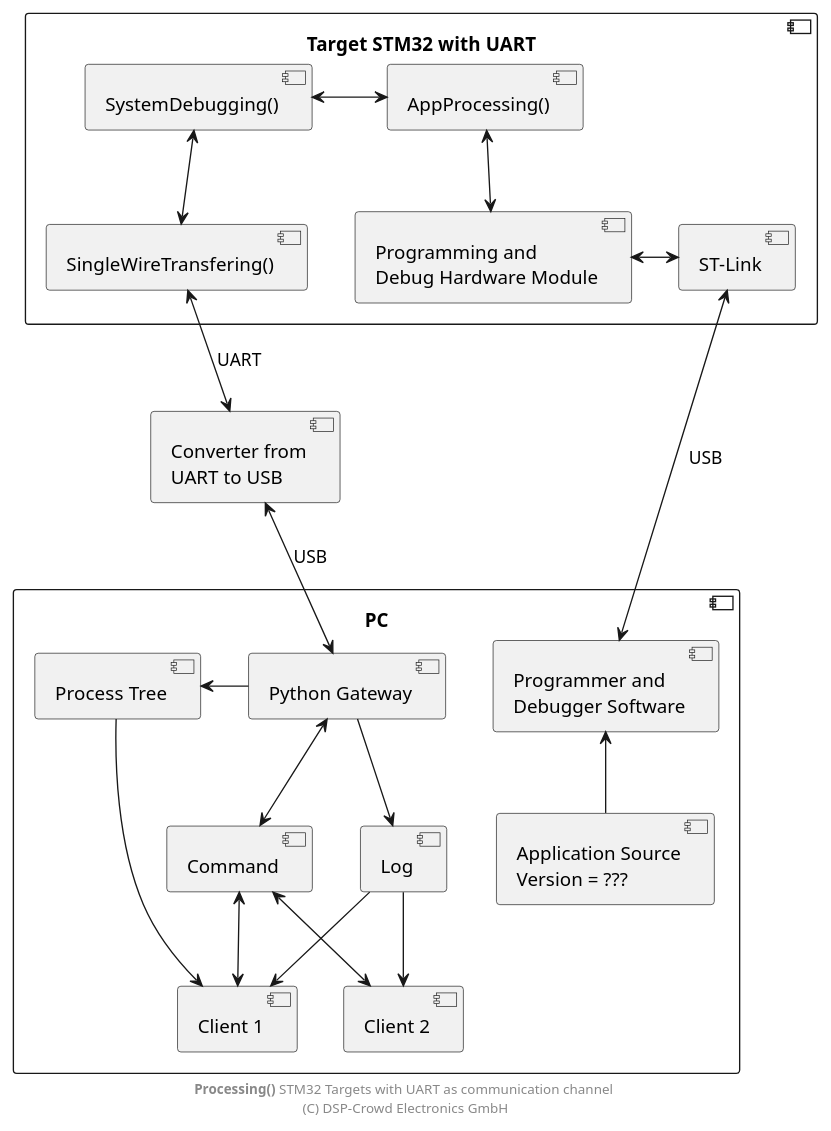
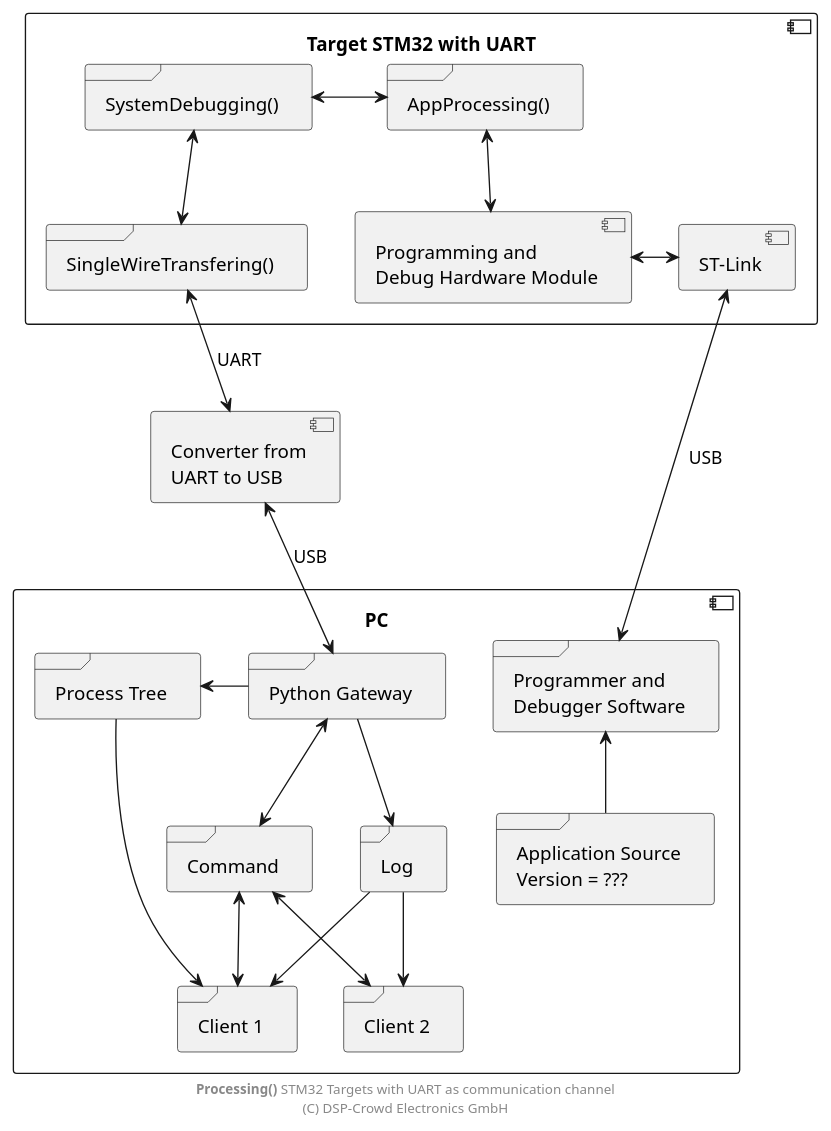
Before and after one commit to NoOrientationProgramming/hello-world-stm32: the diagram in doc/system/stm32-uart_2.pu, drawn with PlantUML. The commit also changed 1 other file, not shown here.

```diff
--- a/doc/system/stm32-uart_2.pu
+++ b/doc/system/stm32-uart_2.pu
@@ -2,58 +2,58 @@
 @startuml
 
 ' skinparam linetype ortho
 
 component PC as pc {
-  component "Python Gateway" as gw
-  
-  component "Log" as log
-  component "Command" as cmd
-  component "Process Tree" as tree
-  
-  component "Client 1" as clt1
-  component "Client 2" as clt2
-  
-  component "Programmer and\nDebugger Software" as dbgPc
-  component "Application Source\nVersion = ???" as src
+  frame "Python Gateway" as gw
+
+  frame "Log" as log
+  frame "Command" as cmd
+  frame "Process Tree" as tree
+
+  frame "Client 1" as clt1
+  frame "Client 2" as clt2
+
+  frame "Programmer and\nDebugger Software" as dbgPc
+  frame "Application Source\nVersion = ???" as src
 }
 
 component "Converter from\nUART to USB" as cnvt2
 
 component "Target STM32 with UART" as trg {
-  component "SystemDebugging()" as dbg
-  component "SingleWireTransfering()" as swt
+  frame "SystemDebugging()" as dbg
+  frame "SingleWireTransfering()" as swt
   component "Programming and\nDebug Hardware Module" as segInt
-  component "AppProcessing()" as app
+  frame "AppProcessing()" as app
 
   component "ST-Link" as seg
 }
 
 dbg <-> app
 dbg <--> swt
 app <--> segInt
 
 gw -[hidden]r- dbgPc
 
 swt -[hidden]r- segInt
 swt <--> cnvt2 : UART
 
 cnvt2 <--> gw : USB
 
 segInt <-> seg
 
 seg <--> dbgPc : USB
 dbgPc <-- src
 
 gw --> log
 gw <--> cmd
 tree <- gw
 
 tree --> clt1
 log --> clt1
 log --> clt2
 cmd <--> clt1
 cmd <--> clt2
 
-footer **Processing()** STM32 Targets with UART as communication channel \n(C) DSP-Crowd Electronics GmbH
+footer **Processing()** STM32 Targets with UART as communication channel\n(C) DSP-Crowd Electronics GmbH
 
 @enduml
```
